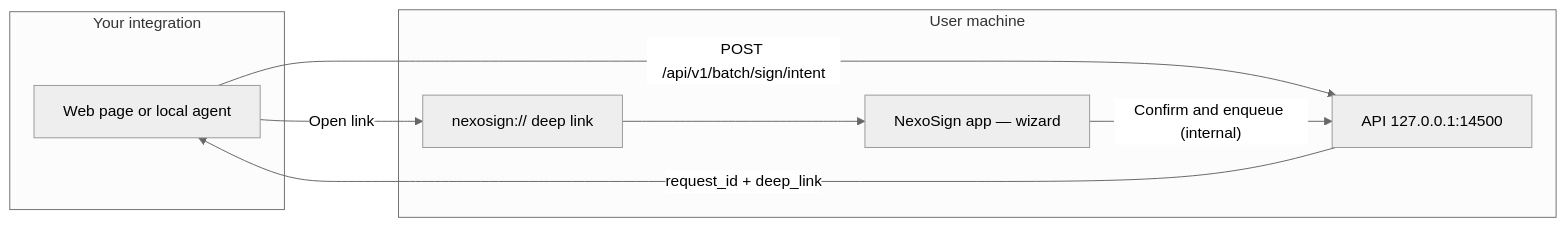
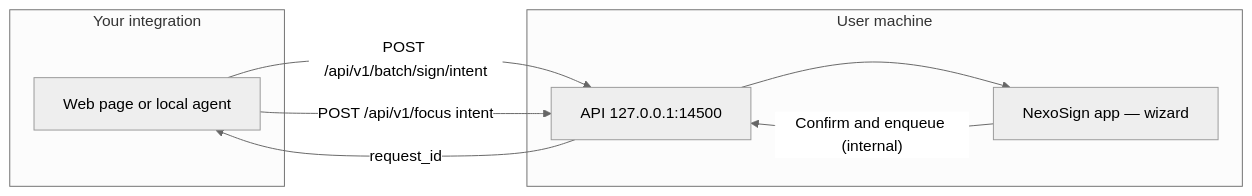
Before and after one commit to cjuriartec/nexosign: the diagram in README.md, drawn with Mermaid (neutral theme). The commit also changed other lines of this file and 18 other files, not shown here.

First line of the commit message:
refactor: update API responses and remove deep link handling

````diff
--- a/README.md
+++ b/README.md
@@ -116,16 +117,15 @@
 ```mermaid
 flowchart LR
   subgraph Web["Your integration"]
     A[Web page or local agent]
   end
   subgraph NexoSign["User machine"]
     B["API 127.0.0.1:14500"]
-    C["nexosign:// deep link"]
     D["NexoSign app — wizard"]
   end
   A -->|"POST /api/v1/batch/sign/intent"| B
-  B -->|"request_id + deep_link"| A
-  A -->|"Open link"| C
-  C --> D
+  B -->|"request_id"| A
+  A -->|"POST /api/v1/focus intent"| B
+  B --> D
   D -->|"Confirm and enqueue (internal)"| B
 ```
````
